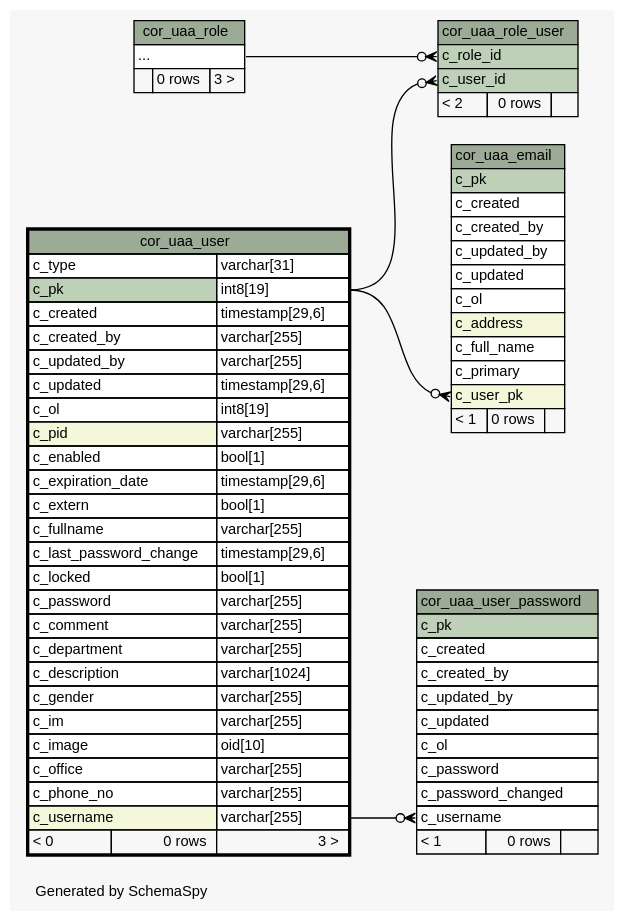
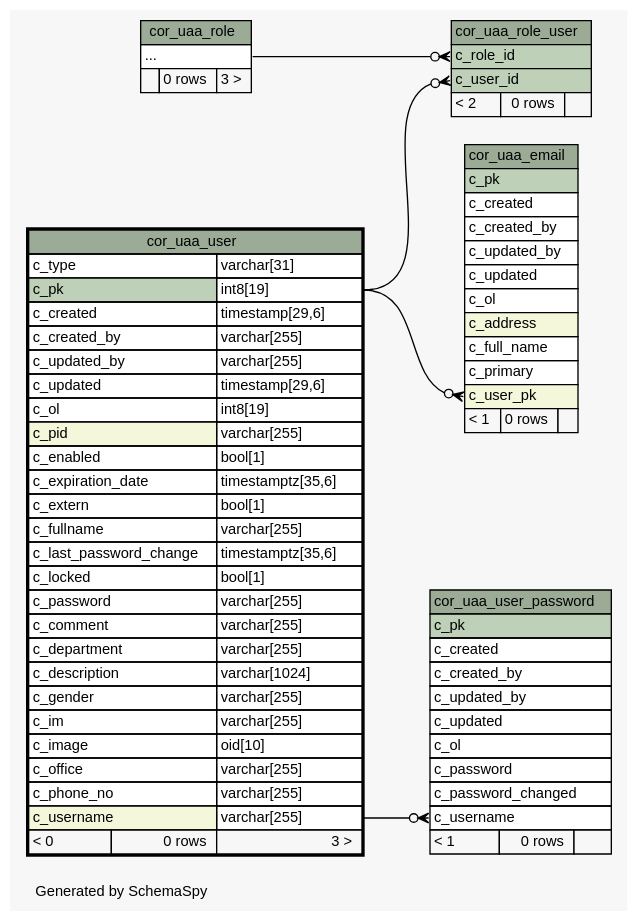
Before and after one commit to openwms/org.openwms.core.uaa: the diagram in 2.0.0-SNAPSHOT/schemaspy/diagrams/cor_uaa_user.2degrees.dot, drawn with Graphviz. The commit also changed 62 other files, not shown here.

```diff
--- a/2.0.0-SNAPSHOT/schemaspy/diagrams/cor_uaa_user.2degrees.dot
+++ b/2.0.0-SNAPSHOT/schemaspy/diagrams/cor_uaa_user.2degrees.dot
@@ -1,117 +1,117 @@
-// dot 2.43.0 on Linux 6.5.0-1021-azure
+// dot 2.43.0 on Linux 6.5.0-1022-azure
 // SchemaSpy rev Unknown
 digraph "twoDegreesRelationshipsDiagram" {
   graph [
     rankdir="RL"
     bgcolor="#f7f7f7"
     label="\nGenerated by SchemaSpy"
     labeljust="l"
     nodesep="0.18"
     ranksep="0.46"
     fontname="Helvetica"
     fontsize="11"
   ];
   node [
     fontname="Helvetica"
     fontsize="11"
     shape="plaintext"
   ];
   edge [
     arrowsize="0.8"
   ];
   "cor_uaa_email":"c_user_pk":w -> "cor_uaa_user":"c_pk.type":e [arrowhead=none dir=back arrowtail=crowodot];
   "cor_uaa_role_user":"c_role_id":w -> "cor_uaa_role":"elipses":e [arrowhead=none dir=back arrowtail=crowodot];
   "cor_uaa_role_user":"c_user_id":w -> "cor_uaa_user":"c_pk.type":e [arrowhead=none dir=back arrowtail=crowodot];
   "cor_uaa_user_password":"c_username":w -> "cor_uaa_user":"c_username.type":e [arrowhead=none dir=back arrowtail=crowodot];
   "cor_uaa_email" [
     label=<
     <TABLE BORDER="0" CELLBORDER="1" CELLSPACING="0" BGCOLOR="#ffffff">
       <TR><TD COLSPAN="3" BGCOLOR="#9bab96" ALIGN="CENTER">cor_uaa_email</TD></TR>
       <TR><TD PORT="c_pk" COLSPAN="3" BGCOLOR="#bed1b8" ALIGN="LEFT">c_pk</TD></TR>
       <TR><TD PORT="c_created" COLSPAN="3" ALIGN="LEFT">c_created</TD></TR>
       <TR><TD PORT="c_created_by" COLSPAN="3" ALIGN="LEFT">c_created_by</TD></TR>
       <TR><TD PORT="c_updated_by" COLSPAN="3" ALIGN="LEFT">c_updated_by</TD></TR>
       <TR><TD PORT="c_updated" COLSPAN="3" ALIGN="LEFT">c_updated</TD></TR>
       <TR><TD PORT="c_ol" COLSPAN="3" ALIGN="LEFT">c_ol</TD></TR>
       <TR><TD PORT="c_address" COLSPAN="3" BGCOLOR="#f4f7da" ALIGN="LEFT">c_address</TD></TR>
       <TR><TD PORT="c_full_name" COLSPAN="3" ALIGN="LEFT">c_full_name</TD></TR>
       <TR><TD PORT="c_primary" COLSPAN="3" ALIGN="LEFT">c_primary</TD></TR>
       <TR><TD PORT="c_user_pk" COLSPAN="3" BGCOLOR="#f4f7da" ALIGN="LEFT">c_user_pk</TD></TR>
       <TR><TD ALIGN="LEFT" BGCOLOR="#f7f7f7">&lt; 1</TD><TD ALIGN="RIGHT" BGCOLOR="#f7f7f7">0 rows</TD><TD ALIGN="RIGHT" BGCOLOR="#f7f7f7">  </TD></TR>
     </TABLE>>
     URL="cor_uaa_email.html"
     tooltip="cor_uaa_email"
   ];
   "cor_uaa_role" [
     label=<
     <TABLE BORDER="0" CELLBORDER="1" CELLSPACING="0" BGCOLOR="#ffffff">
       <TR><TD COLSPAN="3" BGCOLOR="#9bab96" ALIGN="CENTER">cor_uaa_role</TD></TR>
       <TR><TD PORT="elipses" COLSPAN="3" ALIGN="LEFT">...</TD></TR>
       <TR><TD ALIGN="LEFT" BGCOLOR="#f7f7f7">  </TD><TD ALIGN="RIGHT" BGCOLOR="#f7f7f7">0 rows</TD><TD ALIGN="RIGHT" BGCOLOR="#f7f7f7">3 &gt;</TD></TR>
     </TABLE>>
     URL="cor_uaa_role.html"
     tooltip="cor_uaa_role"
   ];
   "cor_uaa_role_user" [
     label=<
     <TABLE BORDER="0" CELLBORDER="1" CELLSPACING="0" BGCOLOR="#ffffff">
       <TR><TD COLSPAN="3" BGCOLOR="#9bab96" ALIGN="CENTER">cor_uaa_role_user</TD></TR>
       <TR><TD PORT="c_role_id" COLSPAN="3" BGCOLOR="#bed1b8" ALIGN="LEFT">c_role_id</TD></TR>
       <TR><TD PORT="c_user_id" COLSPAN="3" BGCOLOR="#bed1b8" ALIGN="LEFT">c_user_id</TD></TR>
       <TR><TD ALIGN="LEFT" BGCOLOR="#f7f7f7">&lt; 2</TD><TD ALIGN="RIGHT" BGCOLOR="#f7f7f7">0 rows</TD><TD ALIGN="RIGHT" BGCOLOR="#f7f7f7">  </TD></TR>
     </TABLE>>
     URL="cor_uaa_role_user.html"
     tooltip="cor_uaa_role_user"
   ];
   "cor_uaa_user" [
     label=<
     <TABLE BORDER="2" CELLBORDER="1" CELLSPACING="0" BGCOLOR="#ffffff">
       <TR><TD COLSPAN="3" BGCOLOR="#9bab96" ALIGN="CENTER">cor_uaa_user</TD></TR>
       <TR><TD PORT="c_type" COLSPAN="2" ALIGN="LEFT">c_type</TD><TD PORT="c_type.type" ALIGN="LEFT">varchar[31]</TD></TR>
       <TR><TD PORT="c_pk" COLSPAN="2" BGCOLOR="#bed1b8" ALIGN="LEFT">c_pk</TD><TD PORT="c_pk.type" ALIGN="LEFT">int8[19]</TD></TR>
       <TR><TD PORT="c_created" COLSPAN="2" ALIGN="LEFT">c_created</TD><TD PORT="c_created.type" ALIGN="LEFT">timestamp[29,6]</TD></TR>
       <TR><TD PORT="c_created_by" COLSPAN="2" ALIGN="LEFT">c_created_by</TD><TD PORT="c_created_by.type" ALIGN="LEFT">varchar[255]</TD></TR>
       <TR><TD PORT="c_updated_by" COLSPAN="2" ALIGN="LEFT">c_updated_by</TD><TD PORT="c_updated_by.type" ALIGN="LEFT">varchar[255]</TD></TR>
       <TR><TD PORT="c_updated" COLSPAN="2" ALIGN="LEFT">c_updated</TD><TD PORT="c_updated.type" ALIGN="LEFT">timestamp[29,6]</TD></TR>
       <TR><TD PORT="c_ol" COLSPAN="2" ALIGN="LEFT">c_ol</TD><TD PORT="c_ol.type" ALIGN="LEFT">int8[19]</TD></TR>
       <TR><TD PORT="c_pid" COLSPAN="2" BGCOLOR="#f4f7da" ALIGN="LEFT">c_pid</TD><TD PORT="c_pid.type" ALIGN="LEFT">varchar[255]</TD></TR>
       <TR><TD PORT="c_enabled" COLSPAN="2" ALIGN="LEFT">c_enabled</TD><TD PORT="c_enabled.type" ALIGN="LEFT">bool[1]</TD></TR>
-      <TR><TD PORT="c_expiration_date" COLSPAN="2" ALIGN="LEFT">c_expiration_date</TD><TD PORT="c_expiration_date.type" ALIGN="LEFT">timestamp[29,6]</TD></TR>
+      <TR><TD PORT="c_expiration_date" COLSPAN="2" ALIGN="LEFT">c_expiration_date</TD><TD PORT="c_expiration_date.type" ALIGN="LEFT">timestamptz[35,6]</TD></TR>
       <TR><TD PORT="c_extern" COLSPAN="2" ALIGN="LEFT">c_extern</TD><TD PORT="c_extern.type" ALIGN="LEFT">bool[1]</TD></TR>
       <TR><TD PORT="c_fullname" COLSPAN="2" ALIGN="LEFT">c_fullname</TD><TD PORT="c_fullname.type" ALIGN="LEFT">varchar[255]</TD></TR>
-      <TR><TD PORT="c_last_password_change" COLSPAN="2" ALIGN="LEFT">c_last_password_change</TD><TD PORT="c_last_password_change.type" ALIGN="LEFT">timestamp[29,6]</TD></TR>
+      <TR><TD PORT="c_last_password_change" COLSPAN="2" ALIGN="LEFT">c_last_password_change</TD><TD PORT="c_last_password_change.type" ALIGN="LEFT">timestamptz[35,6]</TD></TR>
       <TR><TD PORT="c_locked" COLSPAN="2" ALIGN="LEFT">c_locked</TD><TD PORT="c_locked.type" ALIGN="LEFT">bool[1]</TD></TR>
       <TR><TD PORT="c_password" COLSPAN="2" ALIGN="LEFT">c_password</TD><TD PORT="c_password.type" ALIGN="LEFT">varchar[255]</TD></TR>
       <TR><TD PORT="c_comment" COLSPAN="2" ALIGN="LEFT">c_comment</TD><TD PORT="c_comment.type" ALIGN="LEFT">varchar[255]</TD></TR>
       <TR><TD PORT="c_department" COLSPAN="2" ALIGN="LEFT">c_department</TD><TD PORT="c_department.type" ALIGN="LEFT">varchar[255]</TD></TR>
       <TR><TD PORT="c_description" COLSPAN="2" ALIGN="LEFT">c_description</TD><TD PORT="c_description.type" ALIGN="LEFT">varchar[1024]</TD></TR>
       <TR><TD PORT="c_gender" COLSPAN="2" ALIGN="LEFT">c_gender</TD><TD PORT="c_gender.type" ALIGN="LEFT">varchar[255]</TD></TR>
       <TR><TD PORT="c_im" COLSPAN="2" ALIGN="LEFT">c_im</TD><TD PORT="c_im.type" ALIGN="LEFT">varchar[255]</TD></TR>
       <TR><TD PORT="c_image" COLSPAN="2" ALIGN="LEFT">c_image</TD><TD PORT="c_image.type" ALIGN="LEFT">oid[10]</TD></TR>
       <TR><TD PORT="c_office" COLSPAN="2" ALIGN="LEFT">c_office</TD><TD PORT="c_office.type" ALIGN="LEFT">varchar[255]</TD></TR>
       <TR><TD PORT="c_phone_no" COLSPAN="2" ALIGN="LEFT">c_phone_no</TD><TD PORT="c_phone_no.type" ALIGN="LEFT">varchar[255]</TD></TR>
       <TR><TD PORT="c_username" COLSPAN="2" BGCOLOR="#f4f7da" ALIGN="LEFT">c_username</TD><TD PORT="c_username.type" ALIGN="LEFT">varchar[255]</TD></TR>
       <TR><TD ALIGN="LEFT" BGCOLOR="#f7f7f7">&lt; 0</TD><TD ALIGN="RIGHT" BGCOLOR="#f7f7f7">0 rows</TD><TD ALIGN="RIGHT" BGCOLOR="#f7f7f7">3 &gt;</TD></TR>
     </TABLE>>
     URL="cor_uaa_user.html"
     tooltip="cor_uaa_user"
   ];
   "cor_uaa_user_password" [
     label=<
     <TABLE BORDER="0" CELLBORDER="1" CELLSPACING="0" BGCOLOR="#ffffff">
       <TR><TD COLSPAN="3" BGCOLOR="#9bab96" ALIGN="CENTER">cor_uaa_user_password</TD></TR>
       <TR><TD PORT="c_pk" COLSPAN="3" BGCOLOR="#bed1b8" ALIGN="LEFT">c_pk</TD></TR>
       <TR><TD PORT="c_created" COLSPAN="3" ALIGN="LEFT">c_created</TD></TR>
       <TR><TD PORT="c_created_by" COLSPAN="3" ALIGN="LEFT">c_created_by</TD></TR>
       <TR><TD PORT="c_updated_by" COLSPAN="3" ALIGN="LEFT">c_updated_by</TD></TR>
       <TR><TD PORT="c_updated" COLSPAN="3" ALIGN="LEFT">c_updated</TD></TR>
       <TR><TD PORT="c_ol" COLSPAN="3" ALIGN="LEFT">c_ol</TD></TR>
       <TR><TD PORT="c_password" COLSPAN="3" ALIGN="LEFT">c_password</TD></TR>
       <TR><TD PORT="c_password_changed" COLSPAN="3" ALIGN="LEFT">c_password_changed</TD></TR>
       <TR><TD PORT="c_username" COLSPAN="3" ALIGN="LEFT">c_username</TD></TR>
       <TR><TD ALIGN="LEFT" BGCOLOR="#f7f7f7">&lt; 1</TD><TD ALIGN="RIGHT" BGCOLOR="#f7f7f7">0 rows</TD><TD ALIGN="RIGHT" BGCOLOR="#f7f7f7">  </TD></TR>
     </TABLE>>
     URL="cor_uaa_user_password.html"
     tooltip="cor_uaa_user_password"
   ];
 }
```
